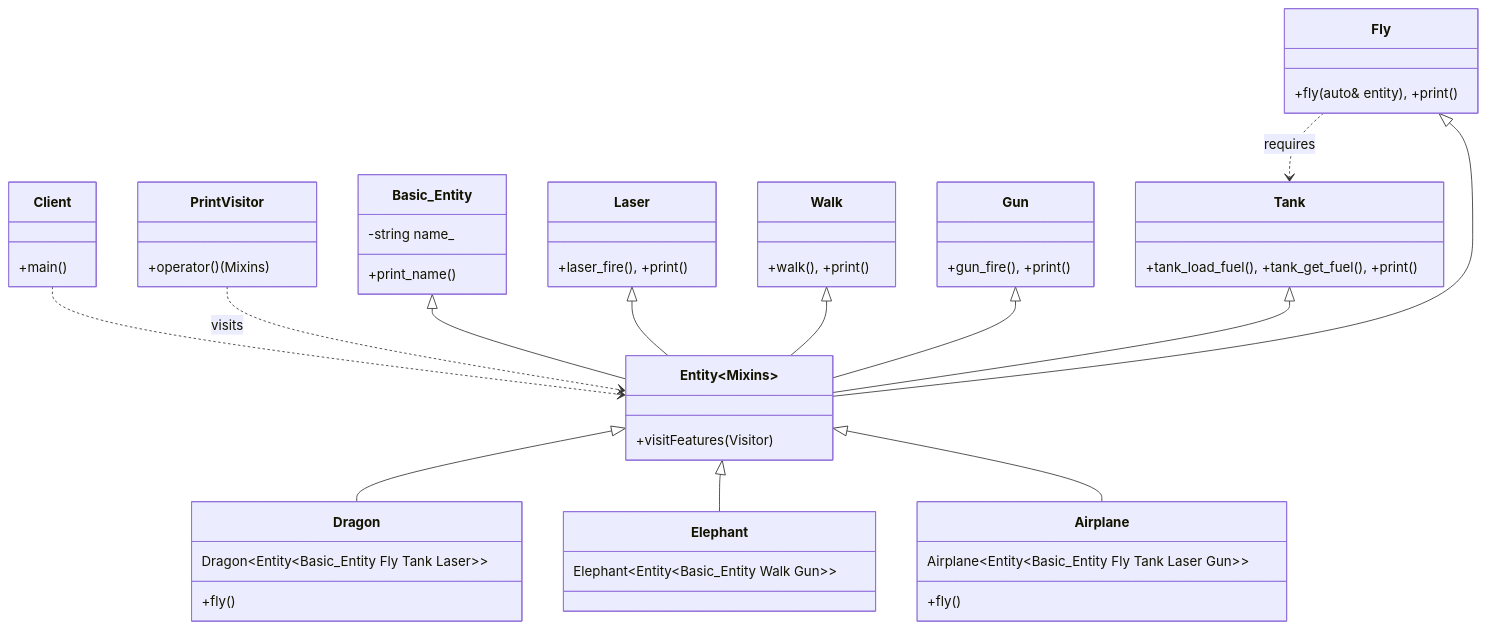
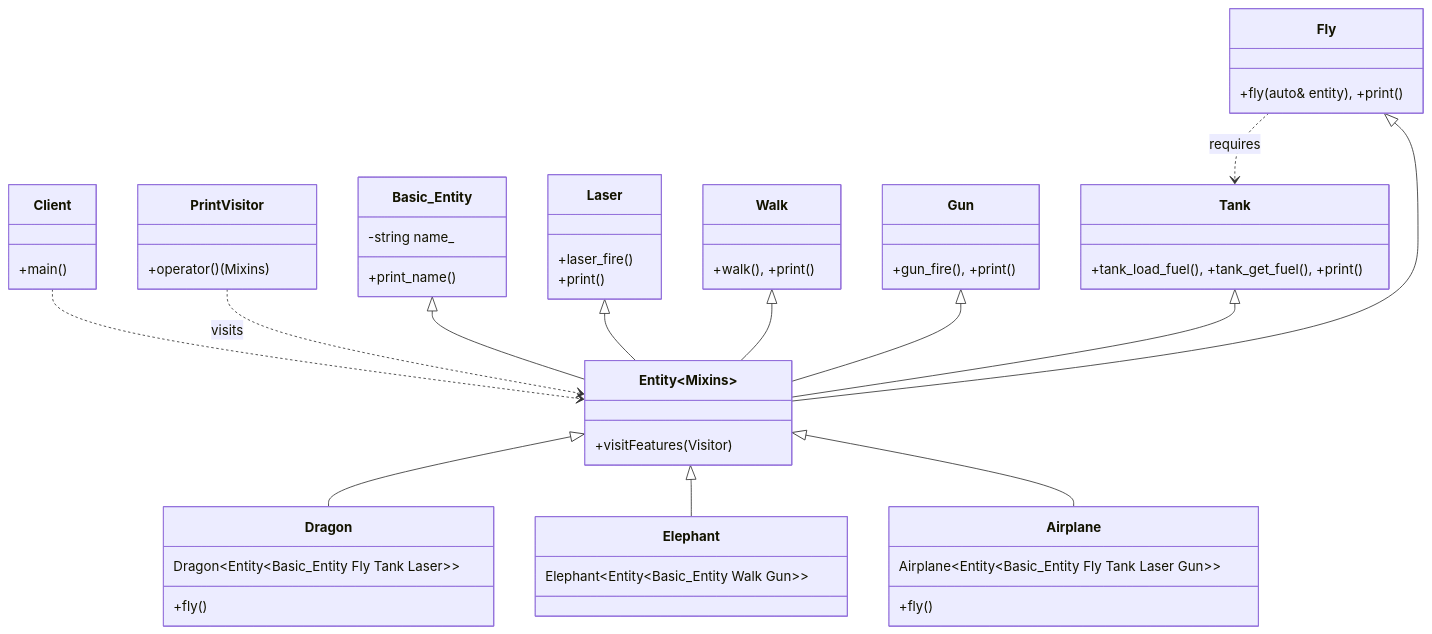
One commit to Cichlidfishexigency721/Modern-CPP-Design-Patterns changed the diagram in 15_Mixin/02_Advanced/diagram.md. Above: the diagram before and after it, drawn with Mermaid.

Commit message:
UML improvement

````diff
--- a/15_Mixin/02_Advanced/diagram.md
+++ b/15_Mixin/02_Advanced/diagram.md
@@ -3,61 +3,63 @@
 ```mermaid
 classDiagram
 %%---------------------------------------------------------------------- Main:
    class Client {
       +main()
    }
 
 %%---------------------------------------------------- Features (Mixin Parts):
-   class Laser { +laser_fire(), +print() }
+   class Laser {
+      +laser_fire()
+      +print()
+   }
    class Walk { +walk(), +print() }
    class Gun { +gun_fire(), +print() }
    class Tank { +tank_load_fuel(), +tank_get_fuel(), +print() }
    class Fly { +fly(auto& entity), +print() }
 
 %%--------------------------------------------------------------------- Entity:
    class Basic_Entity {
       -string name_
       +print_name()
    }
 
    class Entity~Mixins~ {
       +visitFeatures(Visitor)
    }
 
 %%------------------------------------------------------------ Mixin Entities:
    class Dragon {
       Dragon~Entity~Basic_Entity Fly Tank Laser~~
       +fly()
    }
    class Elephant {
       Elephant~Entity~Basic_Entity Walk Gun~~
    }
    class Airplane {
       Airplane~Entity~Basic_Entity Fly Tank Laser Gun~~
       +fly()
    }
 
    class PrintVisitor {
       +operator()(Mixins)
    }
 
 %%----------------------------------------------------------- UML Composition:
+   %% Dependencies
    Client ..> Entity~Mixins~
    PrintVisitor ..> Entity~Mixins~ : visits
    Fly ..> Tank : requires
 
    %% Multiple Inheritance (Horizontal Composition)
    Basic_Entity <|-- Entity~Mixins~
    Laser <|-- Entity~Mixins~
    Walk <|-- Entity~Mixins~
    Gun <|-- Entity~Mixins~
    Tank <|-- Entity~Mixins~
    Fly <|-- Entity~Mixins~
 
    %% Specific Entities
    Entity~Mixins~ <|-- Dragon
    Entity~Mixins~ <|-- Elephant
    Entity~Mixins~ <|-- Airplane
-
-   %% Dependencies
 ```
````
